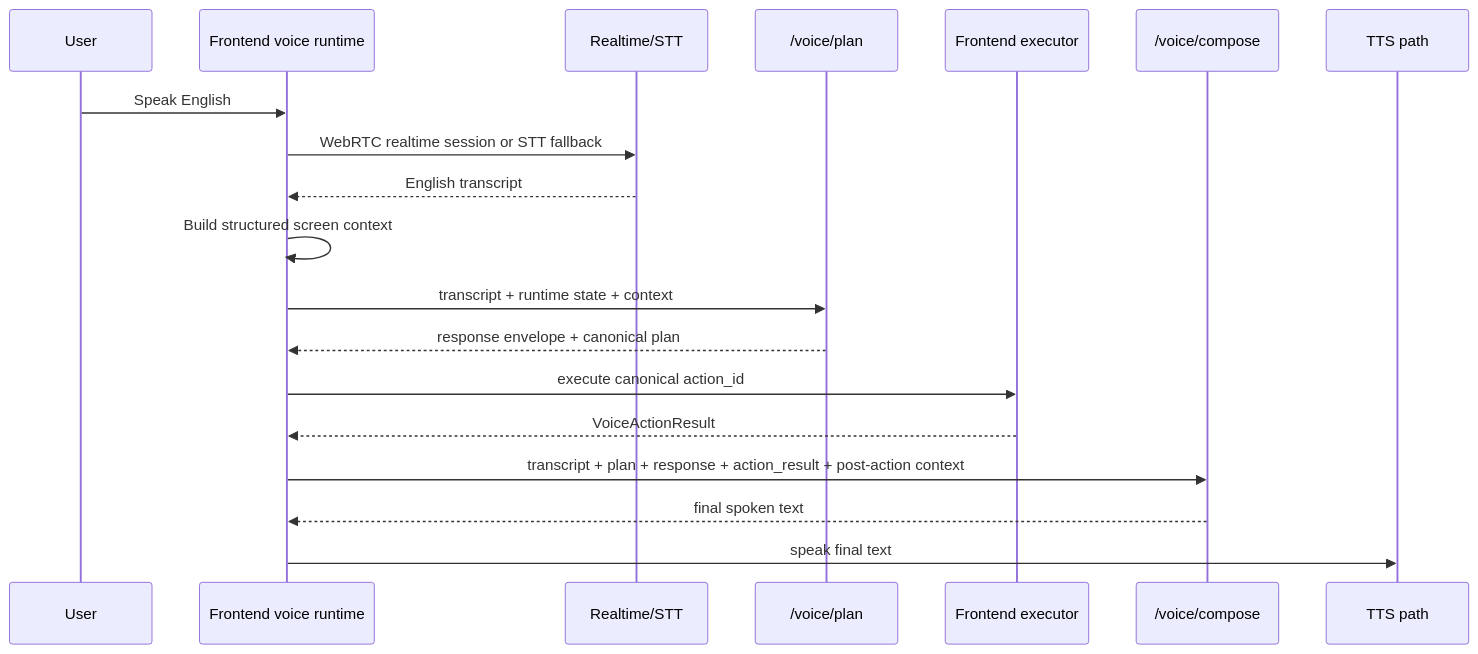
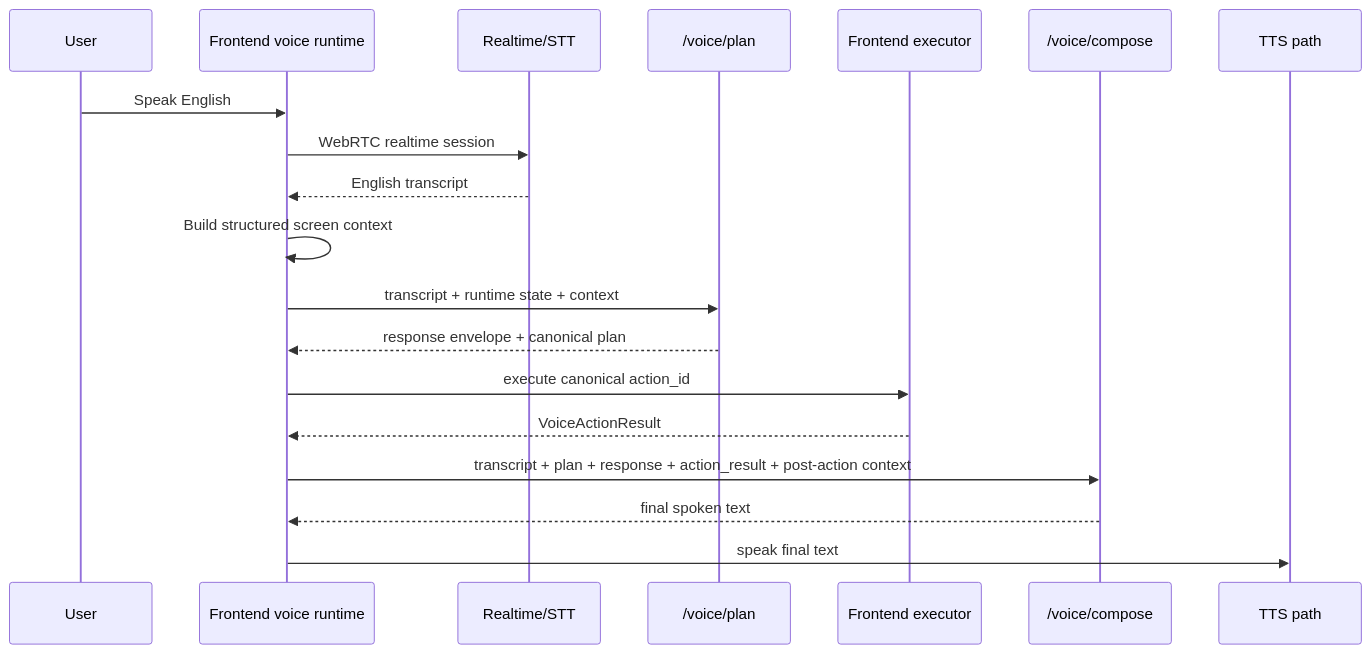
Before and after one commit to hushh-labs/hushh-research: the diagram in docs/reference/kai/kai-voice-runtime-architecture.md, drawn with Mermaid. The commit also changed other lines of this file and 50 other files, not shown here.

````diff
--- a/docs/reference/kai/kai-voice-runtime-architecture.md
+++ b/docs/reference/kai/kai-voice-runtime-architecture.md
@@ -5,22 +5,22 @@
 ```mermaid
 sequenceDiagram
   participant User
   participant FE as Frontend voice runtime
   participant RT as Realtime/STT
   participant Plan as /voice/plan
   participant Exec as Frontend executor
   participant Compose as /voice/compose
   participant TTS as TTS path
 
   User->>FE: Speak English
-  FE->>RT: WebRTC realtime session or STT fallback
+  FE->>RT: WebRTC realtime session
   RT-->>FE: English transcript
   FE->>FE: Build structured screen context
   FE->>Plan: transcript + runtime state + context
   Plan-->>FE: response envelope + canonical plan
   FE->>Exec: execute canonical action_id
   Exec-->>FE: VoiceActionResult
   FE->>Compose: transcript + plan + response + action_result + post-action context
   Compose-->>FE: final spoken text
   FE->>TTS: speak final text
 ```
````
